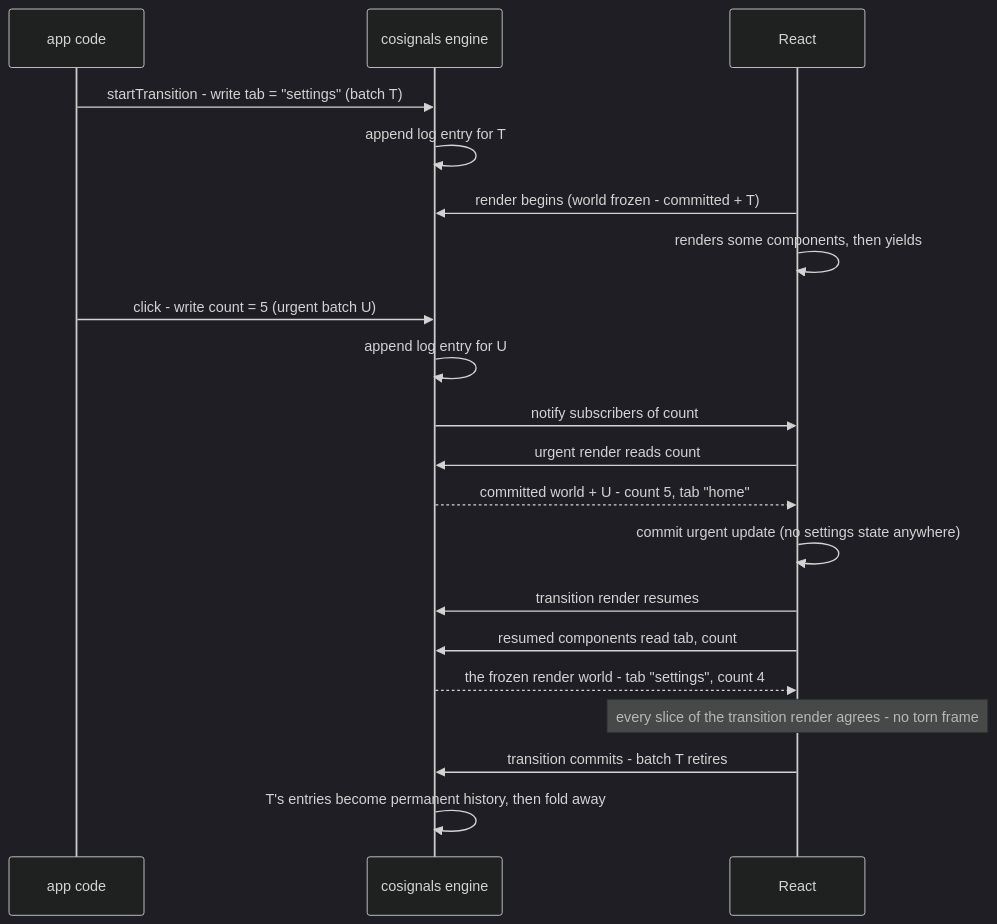
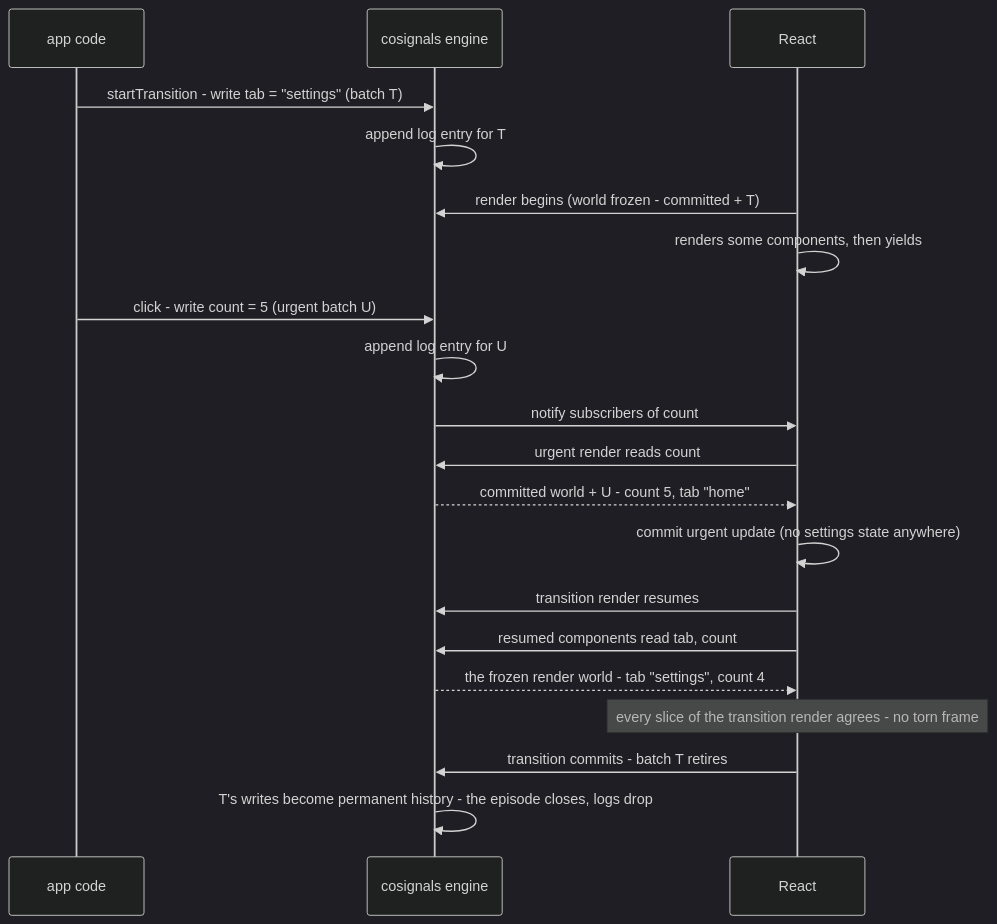
The third of 5 diagrams in packages/cosignals/README.md (justjake/signals-design-space), drawn with Mermaid (dark theme) before and after one commit. The commit also changed other lines of this file and 1 other file, not shown here.

````diff
--- a/packages/cosignals/README.md
+++ b/packages/cosignals/README.md
@@ -137,23 +139,23 @@
 ```mermaid
 sequenceDiagram
     participant App as app code
     participant E as cosignals engine
     participant R as React
 
     App->>E: startTransition - write tab = "settings" (batch T)
     E->>E: append log entry for T
     R->>E: render begins (world frozen - committed + T)
     R->>R: renders some components, then yields
     App->>E: click - write count = 5 (urgent batch U)
     E->>E: append log entry for U
     E->>R: notify subscribers of count
     R->>E: urgent render reads count
     E-->>R: committed world + U - count 5, tab "home"
     R->>R: commit urgent update (no settings state anywhere)
     R->>E: transition render resumes
     R->>E: resumed components read tab, count
     E-->>R: the frozen render world - tab "settings", count 4
     Note over R: every slice of the transition render agrees - no torn frame
     R->>E: transition commits - batch T retires
-    E->>E: T's entries become permanent history, then fold away
+    E->>E: T's writes become permanent history - the episode closes, logs drop
 ```
````
